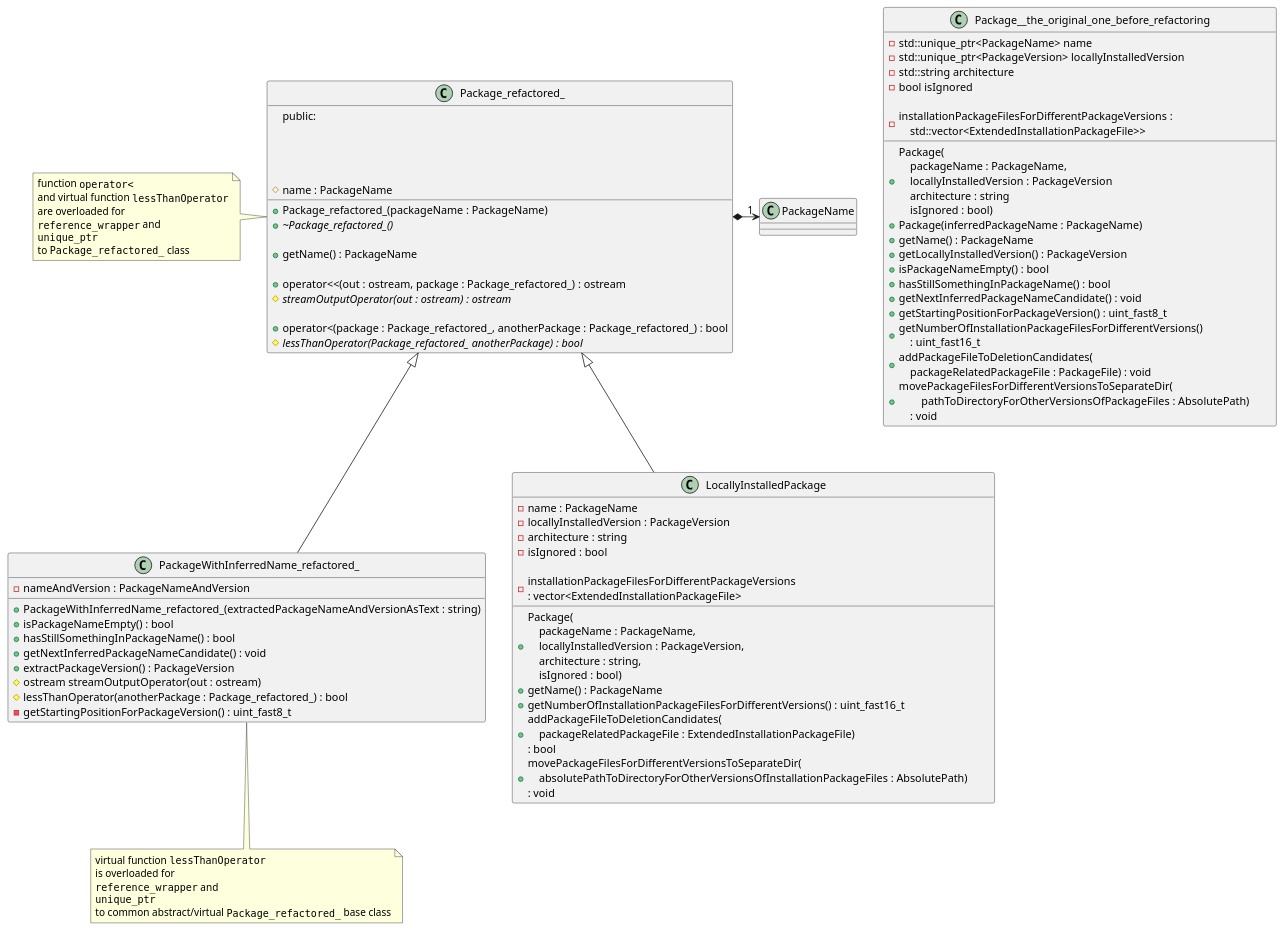
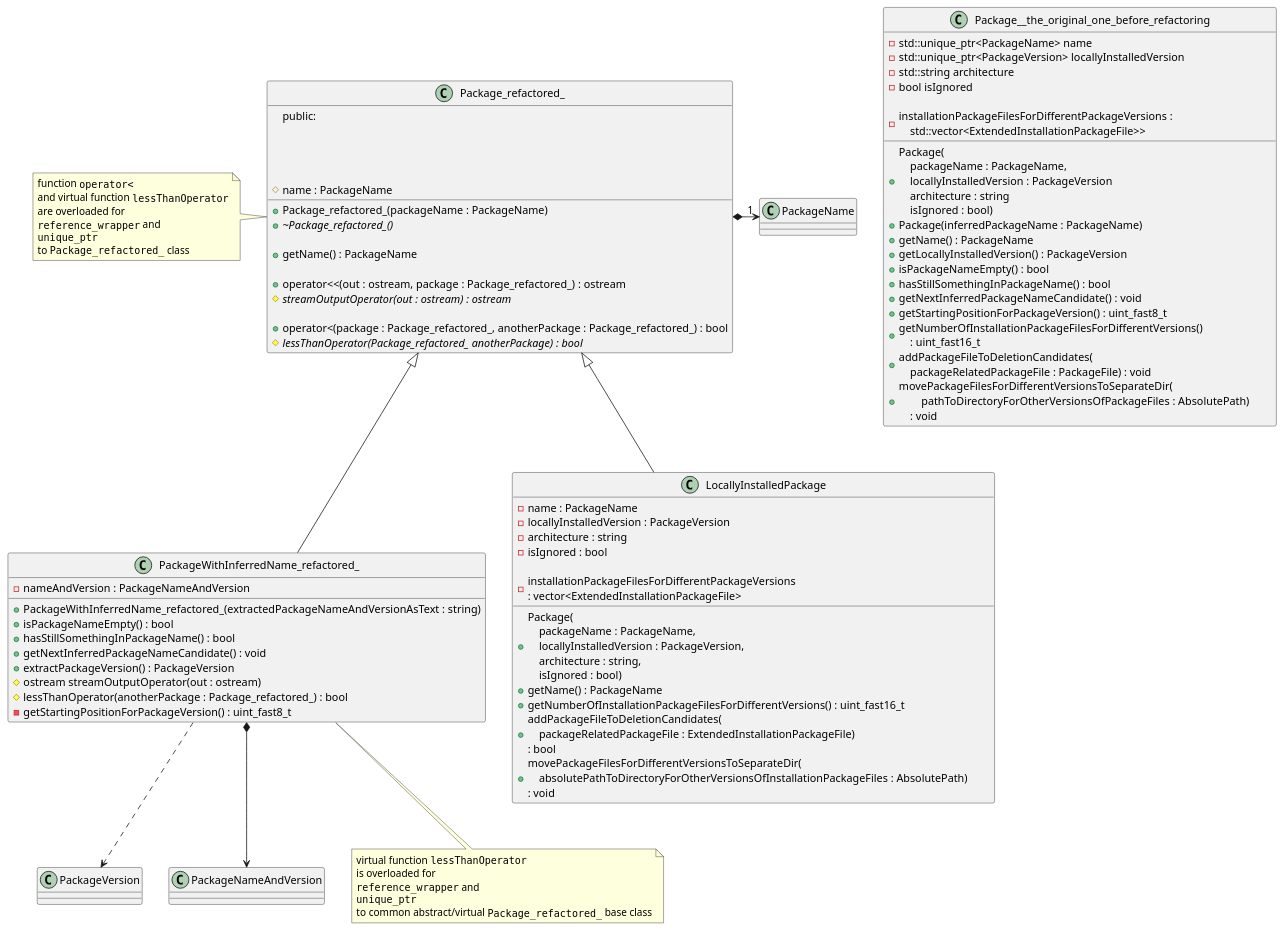
One commit to kyberdrb/clean_pacman_cache_dir changed the diagram in Refactoring_Package_due_to_using_a_subset_of_features_for_packageWithInferredName_of_original_Package_type_and_initializing_the_rest_to_undefined_values-Class_diagram.puml. Above: the diagram before and after it, drawn with PlantUML.

Commit message:
Add relationships for class 'PackageWithInferredName_refactored_' in UML

```diff
--- a/Refactoring_Package_due_to_using_a_subset_of_features_for_packageWithInferredName_of_original_Package_type_and_initializing_the_rest_to_undefined_values-Class_diagram.puml
+++ b/Refactoring_Package_due_to_using_a_subset_of_features_for_packageWithInferredName_of_original_Package_type_and_initializing_the_rest_to_undefined_values-Class_diagram.puml
@@ -1,105 +1,107 @@
 @startuml
 
 'Proposed solutions to avoid assigning reference member attributes to temporary values in single-argument constructor:
 ' - Inheritance/Implementation of interface - a class with only pure virtual functions with commonfunctions
 '   - overkill/not necessary - I don't use them in one container, neither I want to complicate my code with abstractions for simplicity and understandability
 ' - Splitting one 'PackageFile'
 '   - to two classes
 '   - then encapsulate the 'string' type 'filname' and 'absolutePath' member variables to custom defined classes 'Filename' and 'AbsolutePath' for expressivenes
 '   - Accepted solution
 
 class Package__the_original_one_before_refactoring {
     + Package(\
         \n    packageName : PackageName,\
         \n    locallyInstalledVersion : PackageVersion\
         \n    architecture : string\
         \n    isIgnored : bool)
     + Package(inferredPackageName : PackageName)
     + getName() : PackageName
     + getLocallyInstalledVersion() : PackageVersion
     + isPackageNameEmpty() : bool
     + hasStillSomethingInPackageName() : bool
     + getNextInferredPackageNameCandidate() : void
     + getStartingPositionForPackageVersion() : uint_fast8_t
     + getNumberOfInstallationPackageFilesForDifferentVersions()\
         \n    : uint_fast16_t
     + addPackageFileToDeletionCandidates(\
         \n    packageRelatedPackageFile : PackageFile) : void
     + movePackageFilesForDifferentVersionsToSeparateDir(\
         \n        pathToDirectoryForOtherVersionsOfPackageFiles : AbsolutePath)\
         \n    : void
 
     - std::unique_ptr<PackageName> name
     - std::unique_ptr<PackageVersion> locallyInstalledVersion
     - std::string architecture
     - bool isIgnored
 
     - installationPackageFilesForDifferentPackageVersions :\
         \n    std::vector<ExtendedInstallationPackageFile>>
 }
 
 'Analysis
 
 'TODO make >>> abstract <<< from the 'class Package_refactored_' ?
 class Package_refactored_ {
 public:
     + Package_refactored_(packageName : PackageName)
     + {abstract} ~Package_refactored_()
 
     + getName() : PackageName
 
     + operator<<(out : ostream, package : Package_refactored_) : ostream
     # {abstract} streamOutputOperator(out : ostream) : ostream
 
     + operator<(package : Package_refactored_, anotherPackage : Package_refactored_) : bool
     # {abstract} lessThanOperator(Package_refactored_ anotherPackage) : bool
 
     # name : PackageName
 }
 
 note left of Package_refactored_: function ""operator<""\nand virtual function ""lessThanOperator""\nare overloaded for\n""reference_wrapper"" and\n""unique_ptr""\nto ""Package_refactored_"" class
 
 Package_refactored_ *-r-> "1" PackageName
 
 class PackageWithInferredName_refactored_ {
     + PackageWithInferredName_refactored_(extractedPackageNameAndVersionAsText : string)
     + isPackageNameEmpty() : bool
     + hasStillSomethingInPackageName() : bool
     + getNextInferredPackageNameCandidate() : void
     + extractPackageVersion() : PackageVersion
     # ostream streamOutputOperator(out : ostream)
     # lessThanOperator(anotherPackage : Package_refactored_) : bool
 
     - nameAndVersion : PackageNameAndVersion
     - getStartingPositionForPackageVersion() : uint_fast8_t
 }
 
 Package_refactored_ <|-d- PackageWithInferredName_refactored_
+PackageWithInferredName_refactored_ ..> PackageVersion
+PackageWithInferredName_refactored_ *--> PackageNameAndVersion
 
 note bottom of PackageWithInferredName_refactored_: virtual function ""lessThanOperator""\nis overloaded for\n""reference_wrapper"" and\n""unique_ptr""\nto common abstract/virtual ""Package_refactored_"" base class
 
 class LocallyInstalledPackage {
     + Package(\
     \n    packageName : PackageName,\
     \n    locallyInstalledVersion : PackageVersion,\
     \n    architecture : string,\
     \n    isIgnored : bool)
     + getName() : PackageName
     + getNumberOfInstallationPackageFilesForDifferentVersions() : uint_fast16_t
     + addPackageFileToDeletionCandidates(\
     \n    packageRelatedPackageFile : ExtendedInstallationPackageFile)\
     \n: bool
     + movePackageFilesForDifferentVersionsToSeparateDir(\
         \n    absolutePathToDirectoryForOtherVersionsOfInstallationPackageFiles : AbsolutePath)\
         \n: void
     - name : PackageName
     - locallyInstalledVersion : PackageVersion
     - architecture : string
     - isIgnored : bool
 
     - installationPackageFilesForDifferentPackageVersions\
     \n: vector<ExtendedInstallationPackageFile>
 }
 
 Package_refactored_ <|-d- LocallyInstalledPackage
 @enduml
```
